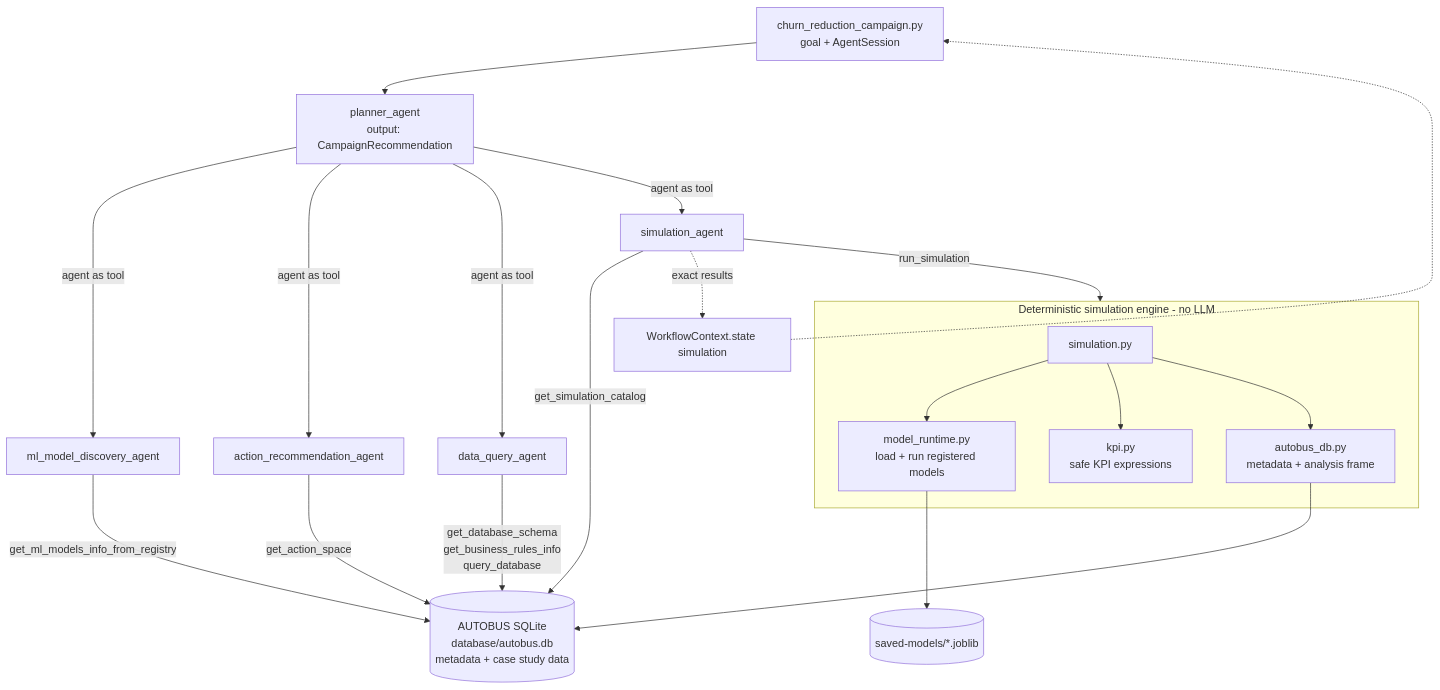
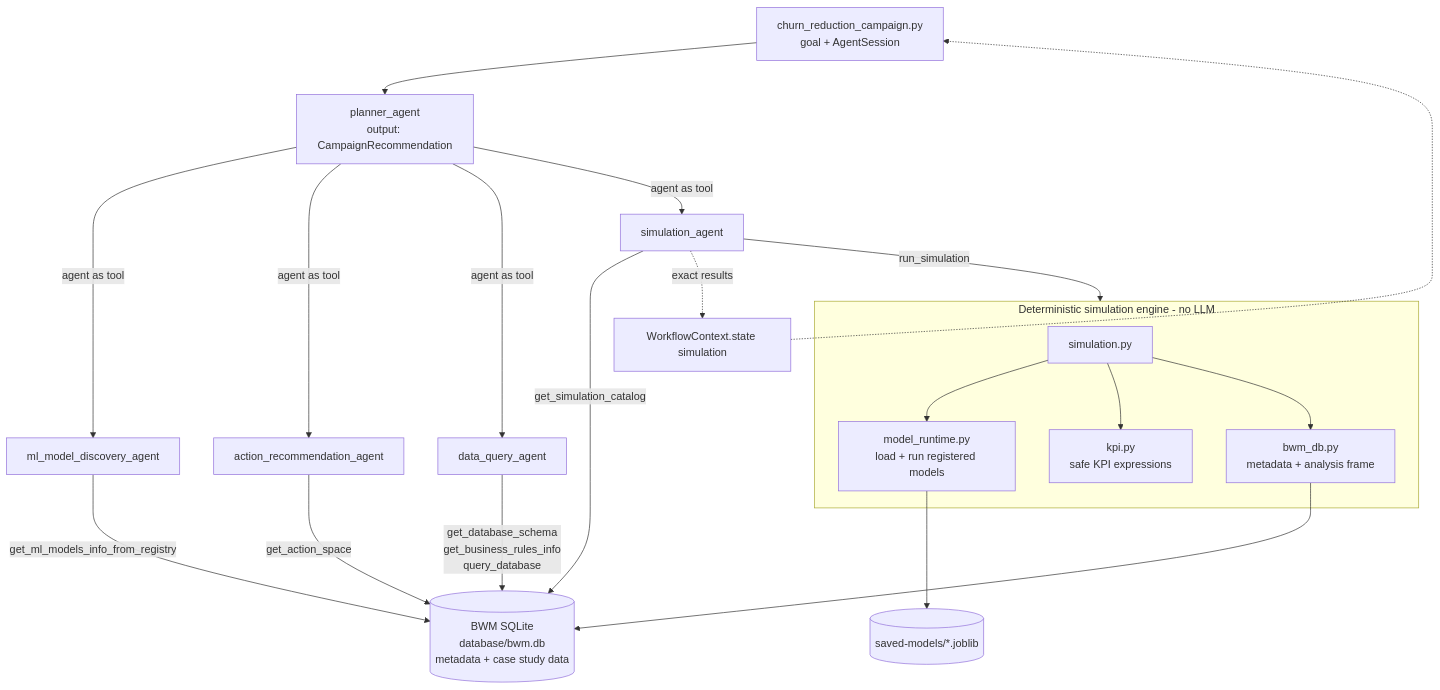
Before and after one commit to cecilpang/bwm-paper: the diagram in README.md, drawn with Mermaid. The commit also changed other lines of this file and 11 other files, not shown here.

Commit message:
Rename AUTOBUS to BWM. Add README.

````diff
--- a/README.md
+++ b/README.md
@@ -19,26 +19,26 @@
 ```mermaid
 flowchart TD
     U[churn_reduction_campaign.py<br/>goal + AgentSession] --> P[planner_agent<br/>output: CampaignRecommendation]
 
     P -- agent as tool --> M[ml_model_discovery_agent]
     P -- agent as tool --> A[action_recommendation_agent]
     P -- agent as tool --> D[data_query_agent]
     P -- agent as tool --> S[simulation_agent]
 
     M -- get_ml_models_info_from_registry --> DB
     A -- get_action_space --> DB
     D -- get_database_schema<br/>get_business_rules_info<br/>query_database --> DB
     S -- get_simulation_catalog --> DB
     S -- run_simulation --> E
 
     subgraph E[Deterministic simulation engine - no LLM]
         SIM[simulation.py] --> MR[model_runtime.py<br/>load + run registered models]
         SIM --> K[kpi.py<br/>safe KPI expressions]
-        SIM --> ADB[autobus_db.py<br/>metadata + analysis frame]
+        SIM --> ADB[bwm_db.py<br/>metadata + analysis frame]
     end
 
-    ADB --> DB[(AUTOBUS SQLite<br/>database/autobus.db<br/>metadata + case study data)]
+    ADB --> DB[(BWM SQLite<br/>database/bwm.db<br/>metadata + case study data)]
     MR --> ART[(saved-models/*.joblib)]
     S -. exact results .-> CTX[WorkflowContext.state simulation]
     CTX -.-> U
 ```
````
